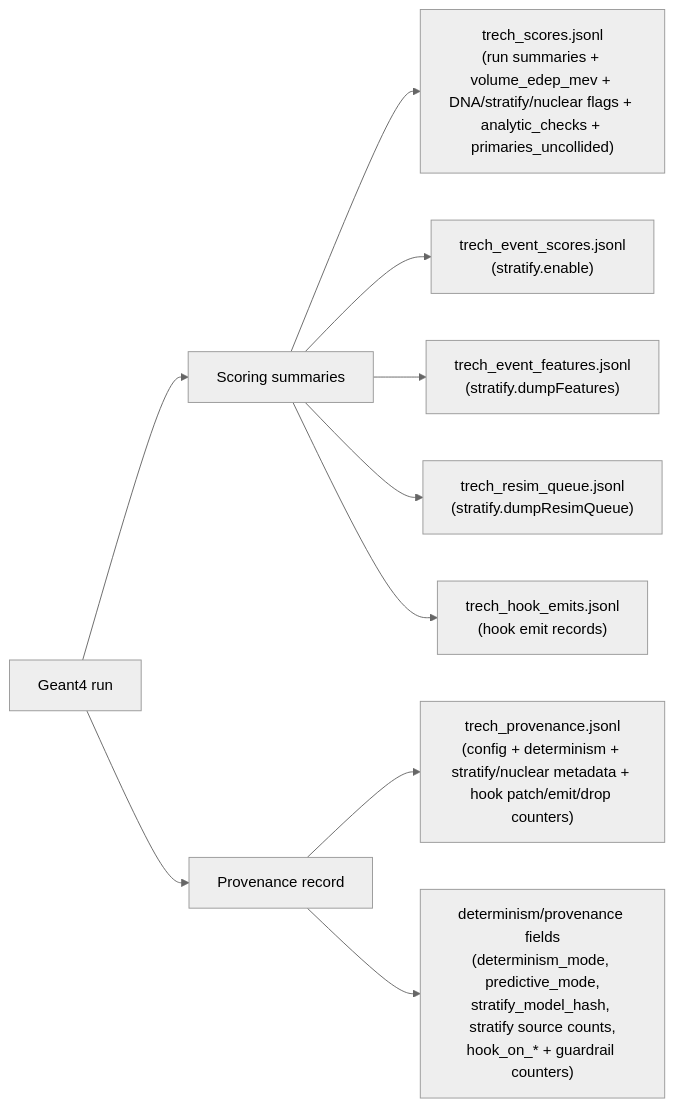
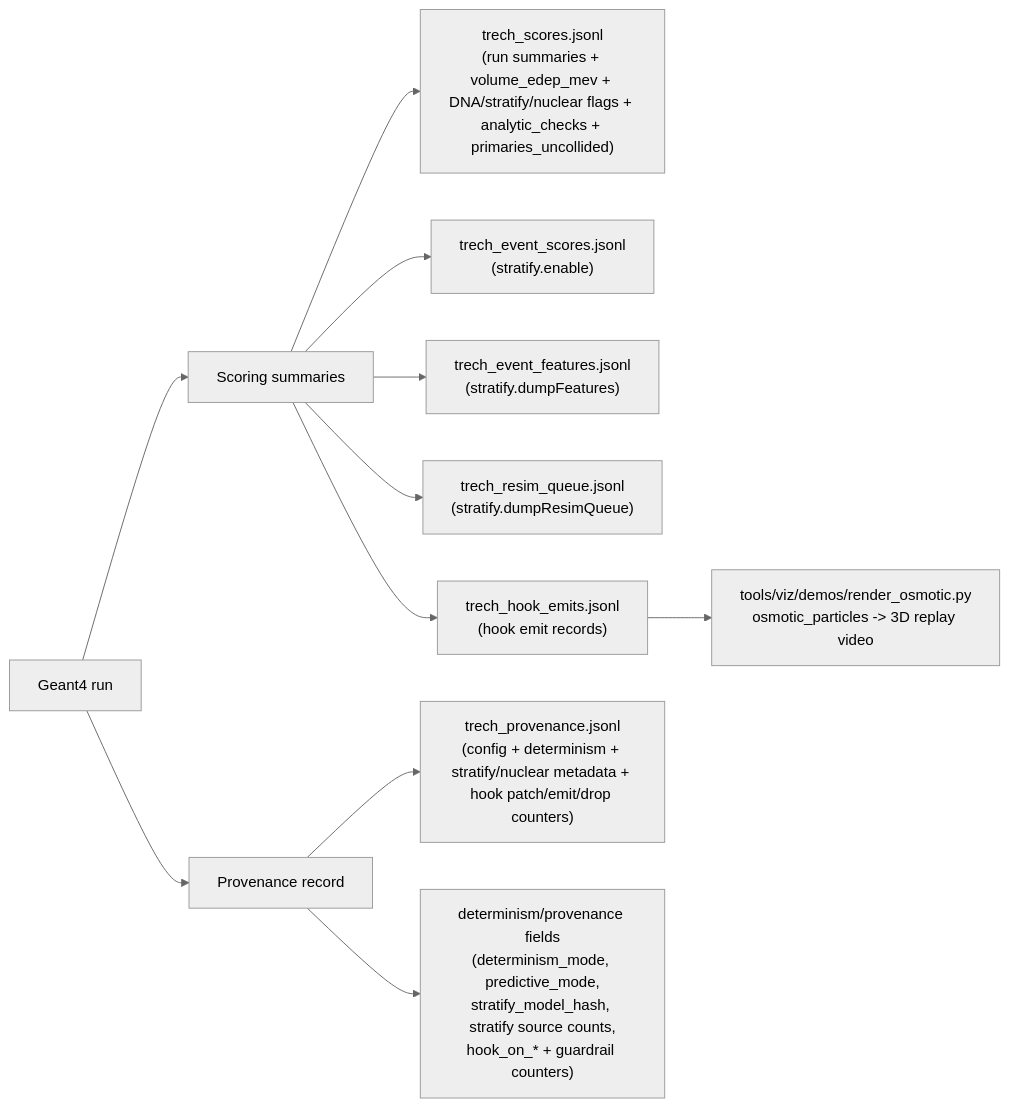
The seventh of 11 diagrams in CHARTS.md (Geckos-Ink/trech), drawn with Mermaid (neutral theme) before and after one commit. The commit also changed other lines of this file and 9 other files, not shown here.

````diff
--- a/CHARTS.md
+++ b/CHARTS.md
@@ -160,12 +161,13 @@
 ```mermaid
 flowchart LR
   RUN["Geant4 run"] --> SCORING["Scoring summaries"]
   RUN --> PROV["Provenance record"]
   SCORING --> S1["trech_scores.jsonl\n(run summaries + volume_edep_mev + DNA/stratify/nuclear flags + analytic_checks + primaries_uncollided)"]
   SCORING --> S2["trech_event_scores.jsonl\n(stratify.enable)"]
   SCORING --> S3["trech_event_features.jsonl\n(stratify.dumpFeatures)"]
   SCORING --> S4["trech_resim_queue.jsonl\n(stratify.dumpResimQueue)"]
   SCORING --> S5["trech_hook_emits.jsonl\n(hook emit records)"]
+  S5 --> V1["tools/viz/demos/render_osmotic.py\nosmotic_particles -> 3D replay video"]
   PROV --> P1["trech_provenance.jsonl\n(config + determinism + stratify/nuclear metadata + hook patch/emit/drop counters)"]
   PROV --> P2["determinism/provenance fields\n(determinism_mode, predictive_mode,\nstratify_model_hash, stratify source counts,\nhook_on_* + guardrail counters)"]
 ```
````
